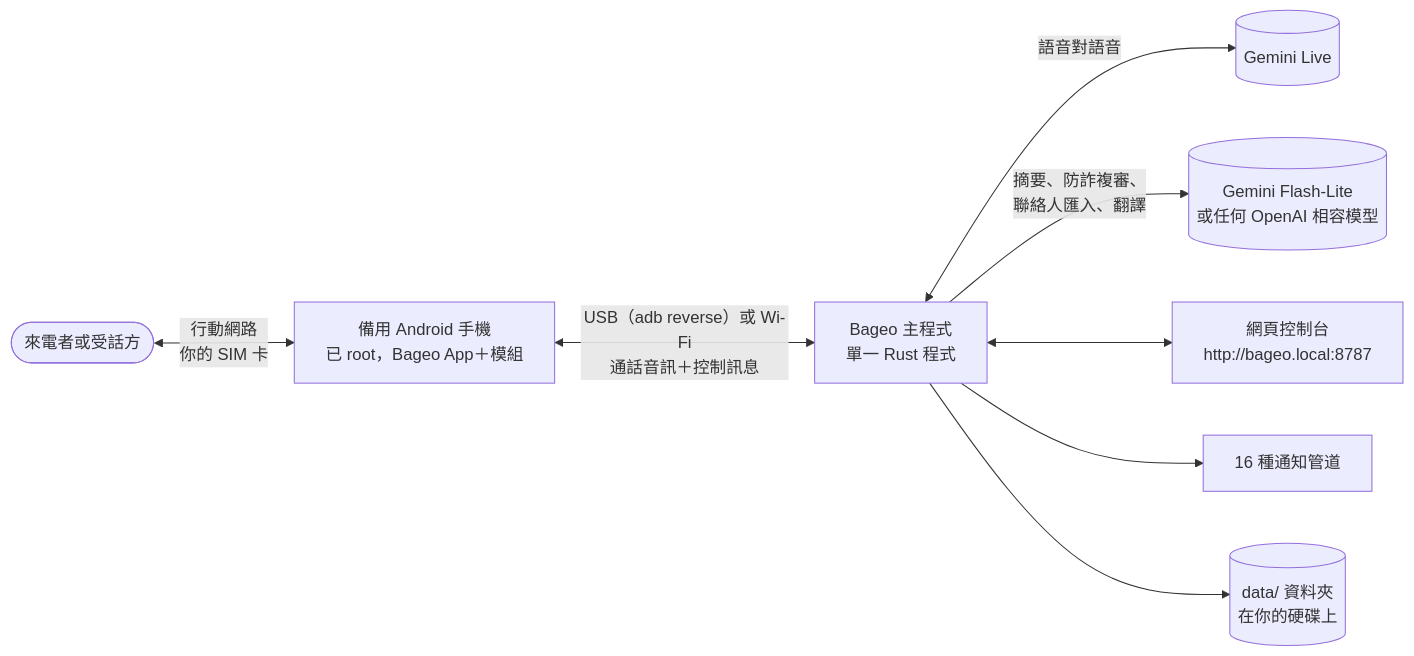
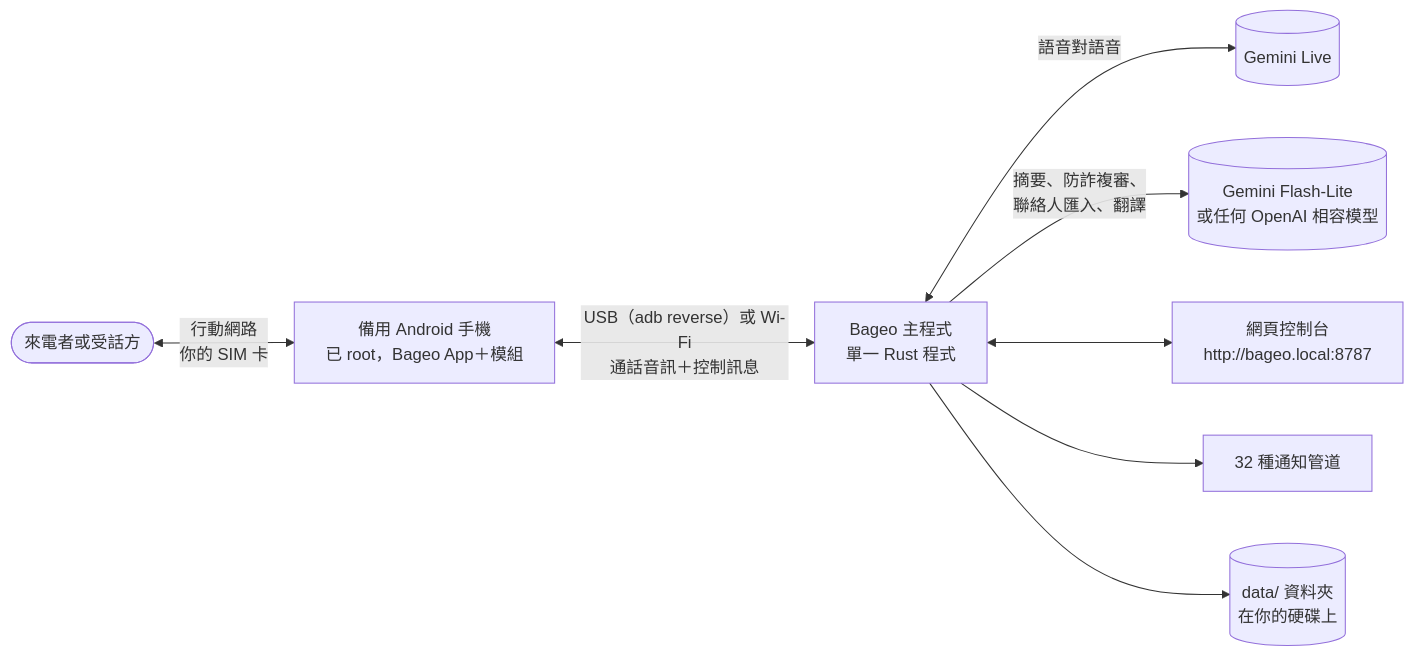
Before and after one commit to h4lo-void/bageo-call: the diagram in README.zh-TW.md, drawn with Mermaid. The commit also changed other lines of this file and 17 other files, not shown here.

````diff
--- a/README.zh-TW.md
+++ b/README.zh-TW.md
@@ -67,10 +67,10 @@
 ```mermaid
 flowchart LR
     other(["來電者或受話方"]) <-- "行動網路<br/>你的 SIM 卡" --> phone["備用 Android 手機<br/>已 root，Bageo App＋模組"]
     phone <-- "USB（adb reverse）或 Wi-Fi<br/>通話音訊＋控制訊息" --> agent["Bageo 主程式<br/>單一 Rust 程式"]
     agent <-- "語音對語音" --> gemini[("Gemini Live")]
     agent -- "摘要、防詐複審、<br/>聯絡人匯入、翻譯" --> lite[("Gemini Flash-Lite<br/>或任何 OpenAI 相容模型")]
     agent <--> console["網頁控制台<br/>http://bageo.local:8787"]
-    agent --> notify["16 種通知管道"]
+    agent --> notify["32 種通知管道"]
     agent --> data[("data/ 資料夾<br/>在你的硬碟上")]
 ```
````
